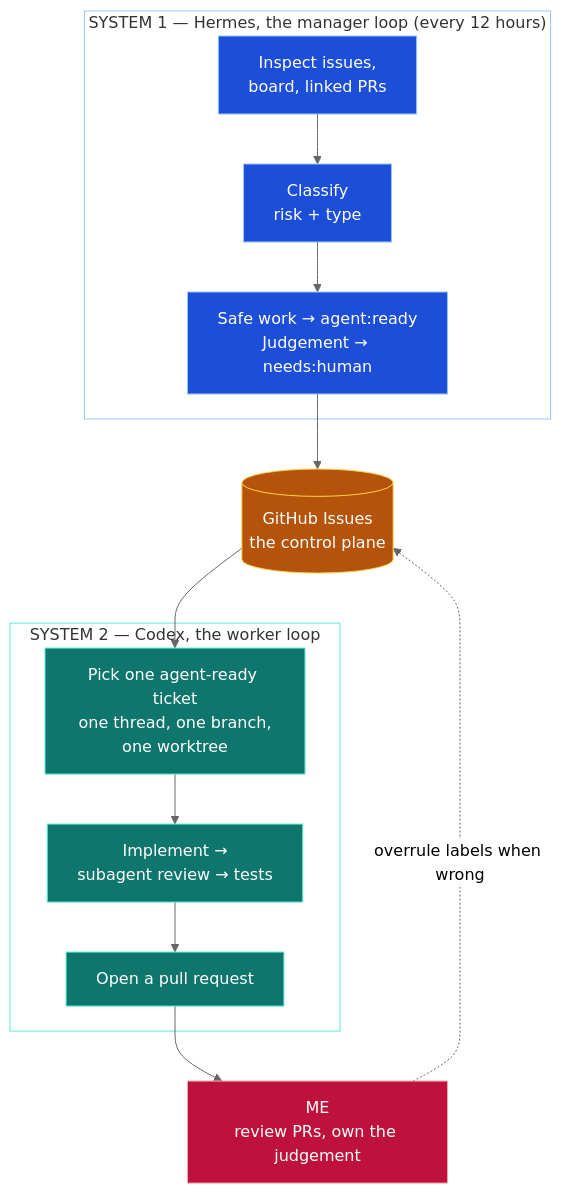
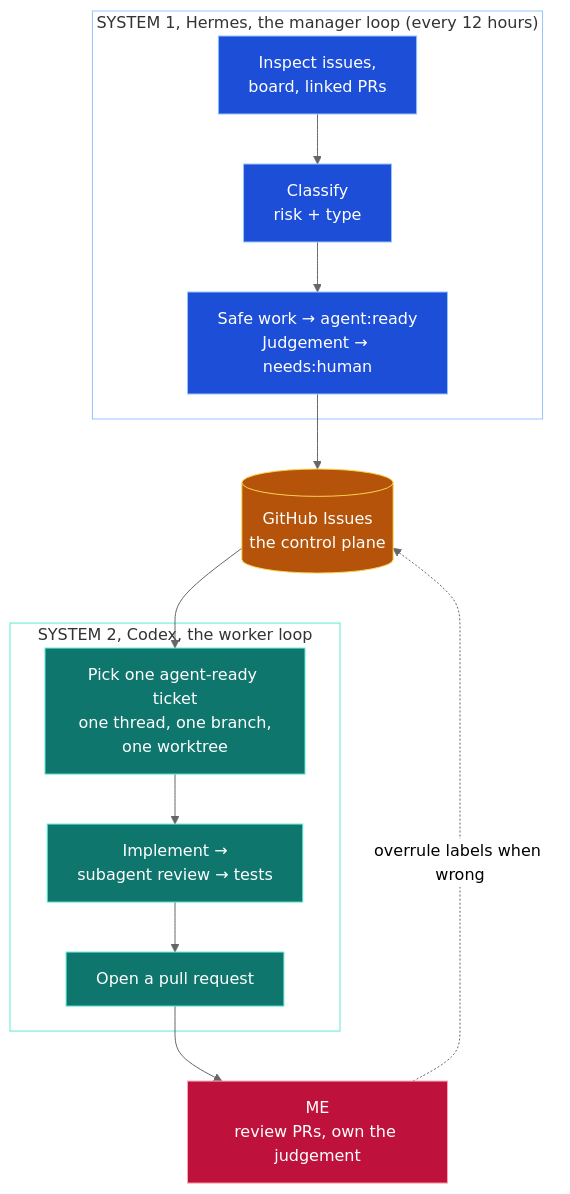
The fifth of 8 diagrams in tutorials/loop-engineering/README.md (owainlewis/youtube-tutorials), drawn with Mermaid (neutral theme) before and after one commit. The commit also changed other lines of this file, not shown here.

````diff
--- a/tutorials/loop-engineering/README.md
+++ b/tutorials/loop-engineering/README.md
@@ -229,26 +237,26 @@
 ```mermaid
 graph TB
-    subgraph OUTER["SYSTEM 1 — Hermes, the manager loop (every 12 hours)"]
+    subgraph OUTER["SYSTEM 1, Hermes, the manager loop (every 12 hours)"]
         A[Inspect issues,<br/>board, linked PRs] --> B[Classify<br/>risk + type]
         B --> C[Safe work → agent:ready<br/>Judgement → needs:human]
     end
     C --> GH[(GitHub Issues<br/>the control plane)]
     GH --> D
-    subgraph INNER["SYSTEM 2 — Codex, the worker loop"]
+    subgraph INNER["SYSTEM 2, Codex, the worker loop"]
         D[Pick one agent-ready ticket<br/>one thread, one branch,<br/>one worktree] --> E[Implement →<br/>subagent review → tests]
         E --> F[Open a pull request]
     end
     F --> ME[ME<br/>review PRs, own the judgement]
     ME -.overrule labels when wrong.-> GH
 
     classDef manager fill:#1d4ed8,stroke:#93c5fd,color:#ffffff
     classDef worker fill:#0f766e,stroke:#5eead4,color:#ffffff
     classDef state fill:#b45309,stroke:#fcd34d,color:#ffffff
     classDef human fill:#be123c,stroke:#fda4af,color:#ffffff
     class A,B,C manager
     class D,E,F worker
     class GH state
     class ME human
     style OUTER fill:none,stroke:#93c5fd
     style INNER fill:none,stroke:#5eead4
 ```
````
